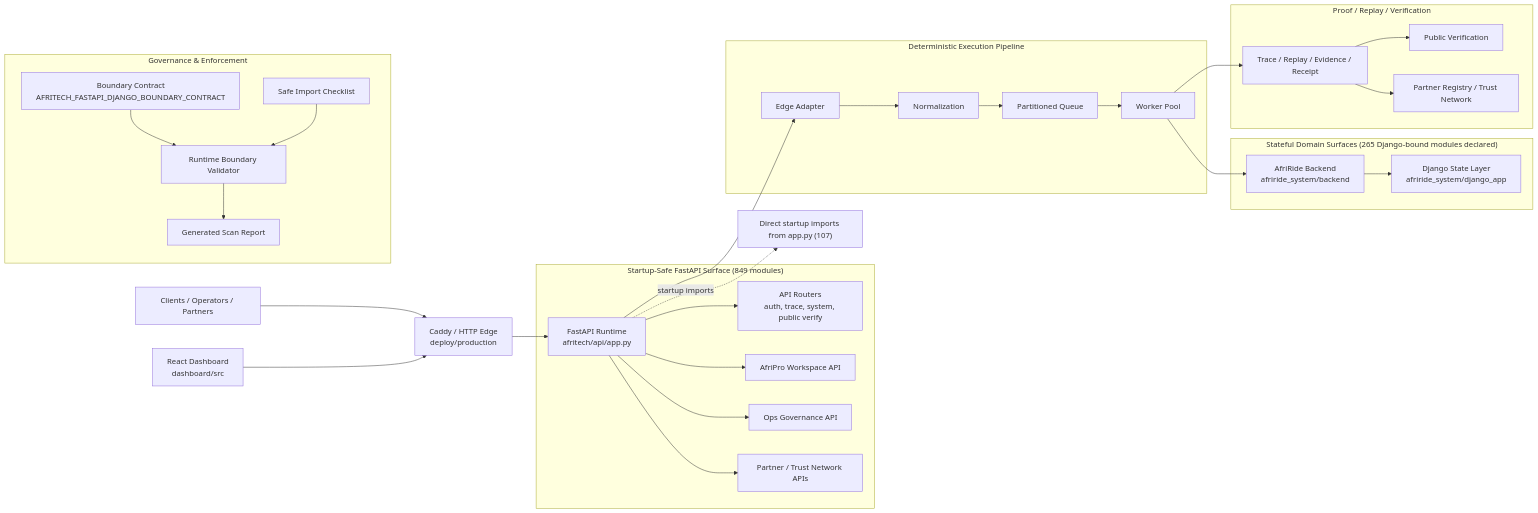
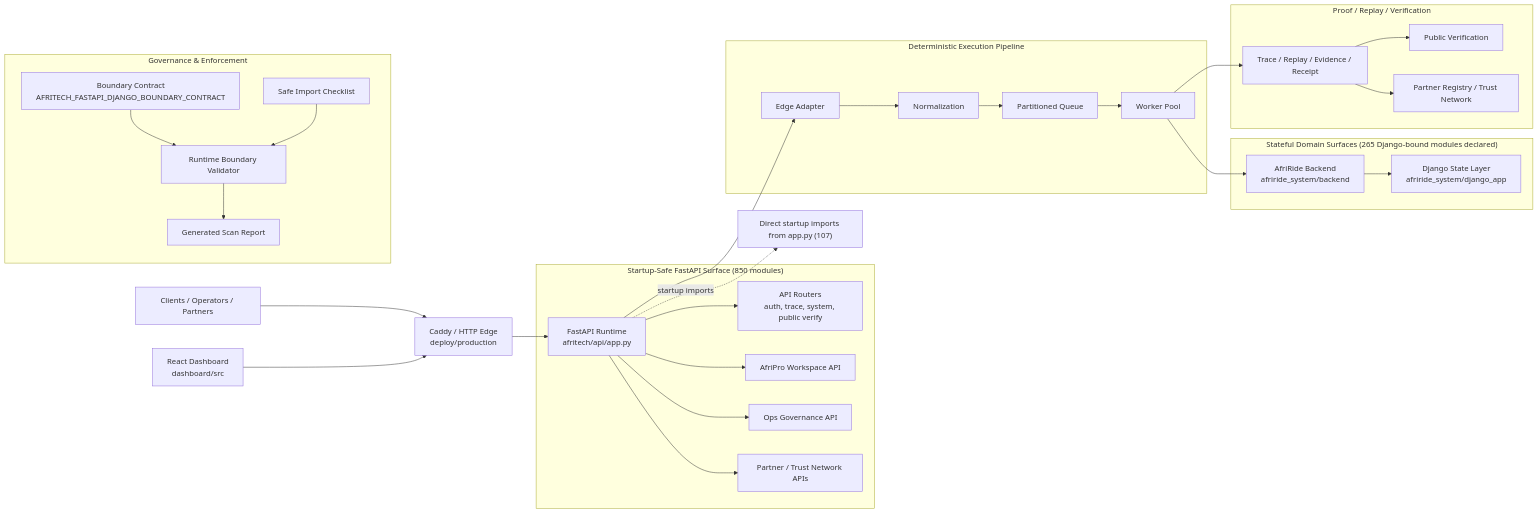
Before and after one commit to Strelly2023/afritelematics: the first of 2 diagrams in docs/architecture/AFRITECH_FULL_ARCHITECTURE_GRAPH.md, drawn with Mermaid. The commit also changed other lines of this file and 10 other files, not shown here.

````diff
--- a/docs/architecture/AFRITECH_FULL_ARCHITECTURE_GRAPH.md
+++ b/docs/architecture/AFRITECH_FULL_ARCHITECTURE_GRAPH.md
@@ -22,39 +22,39 @@
 ```mermaid
 flowchart LR
     Client["Clients / Operators / Partners"] --> Edge["Caddy / HTTP Edge\ndeploy/production"]
     Dashboard["React Dashboard\ndashboard/src"] --> Edge
     Edge --> App["FastAPI Runtime\nafritech/api/app.py"]
 
-    subgraph FastAPI["Startup-Safe FastAPI Surface (849 modules)"]
+    subgraph FastAPI["Startup-Safe FastAPI Surface (850 modules)"]
         App --> Api["API Routers\nauth, trace, system, public verify"]
         App --> Workspace["AfriPro Workspace API"]
         App --> Governance["Ops Governance API"]
         App --> Trust["Partner / Trust Network APIs"]
     end
 
     subgraph Pipeline["Deterministic Execution Pipeline"]
         App --> Adapt["Edge Adapter"]
         Adapt --> Normalize["Normalization"]
         Normalize --> Queue["Partitioned Queue"]
         Queue --> Worker["Worker Pool"]
     end
 
     subgraph State["Stateful Domain Surfaces (265 Django-bound modules declared)"]
         Worker --> Domain["AfriRide Backend\nafriride_system/backend"]
         Domain --> Django["Django State Layer\nafriride_system/django_app"]
     end
 
     subgraph Proof["Proof / Replay / Verification"]
         Worker --> Trace["Trace / Replay / Evidence / Receipt"]
         Trace --> Public["Public Verification"]
         Trace --> Registry["Partner Registry / Trust Network"]
     end
 
     subgraph GovernancePlane["Governance & Enforcement"]
         Contract["Boundary Contract\nAFRITECH_FASTAPI_DJANGO_BOUNDARY_CONTRACT"] --> Validator["Runtime Boundary Validator"]
         Checklist["Safe Import Checklist"] --> Validator
         Validator --> Review["Generated Scan Report"]
     end
 
     App -. startup imports .-> Imports["Direct startup imports from app.py (107)"]
 ```
````
